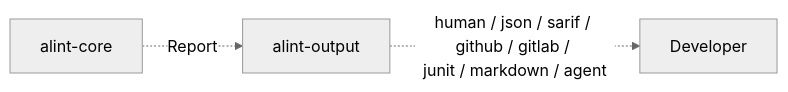
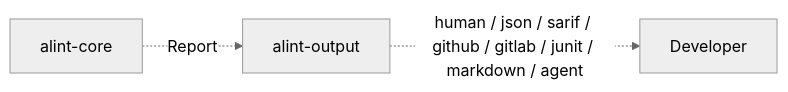
Before and after one commit to actions-marketplace-validations/asamarts_alint: diagram 16 of 27 in docs/design/architecture/DIAGRAMS.md, drawn with Mermaid (neutral theme). The commit also changed other lines of this file and 19 other files, not shown here.

````diff
--- a/docs/design/architecture/DIAGRAMS.md
+++ b/docs/design/architecture/DIAGRAMS.md
@@ -375,9 +340,8 @@
 ```mermaid
 graph LR
   AlintCliCore["alint-core"]
   AlintCliOutput["alint-output"]
   Dev["Developer"]
   AlintCliCore -. "`Report`" .-> AlintCliOutput
-  AlintCliOutput -. "`human / json / sarif / github / gitlab / 
-junit / markdown / agent`" .-> Dev
+  AlintCliOutput -. "`human / json / sarif / github / gitlab / junit / markdown / agent`" .-> Dev
 ```
````
